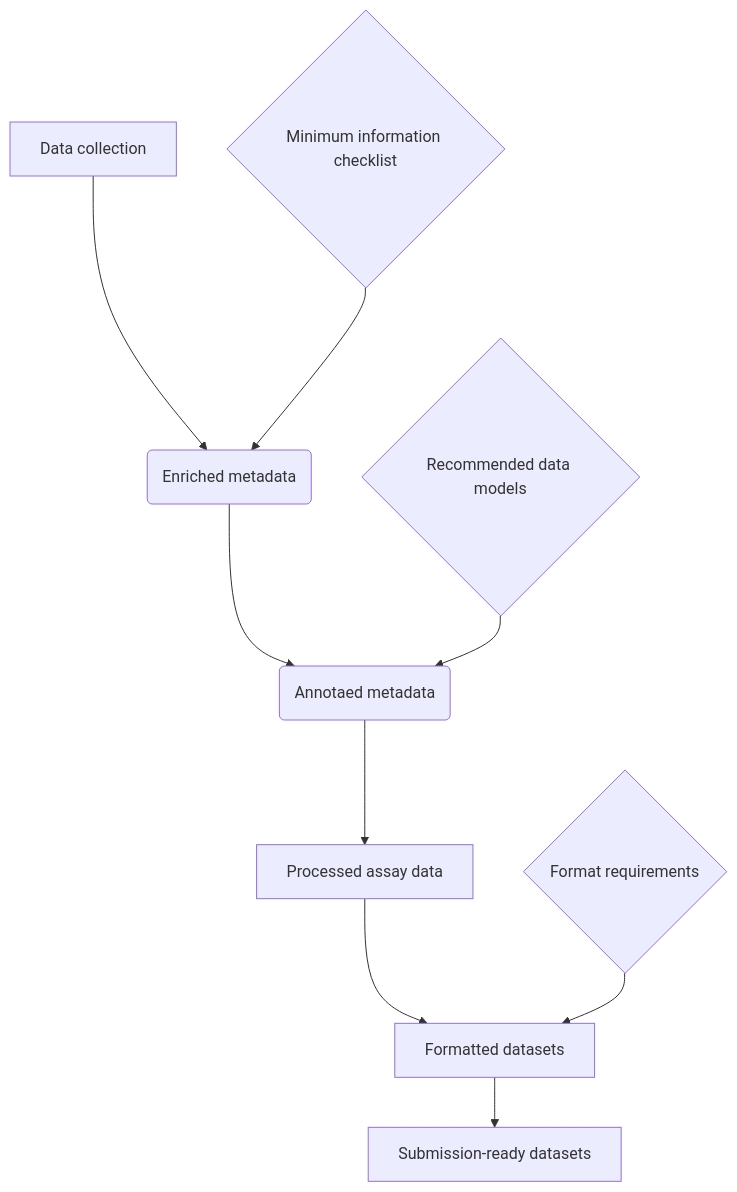
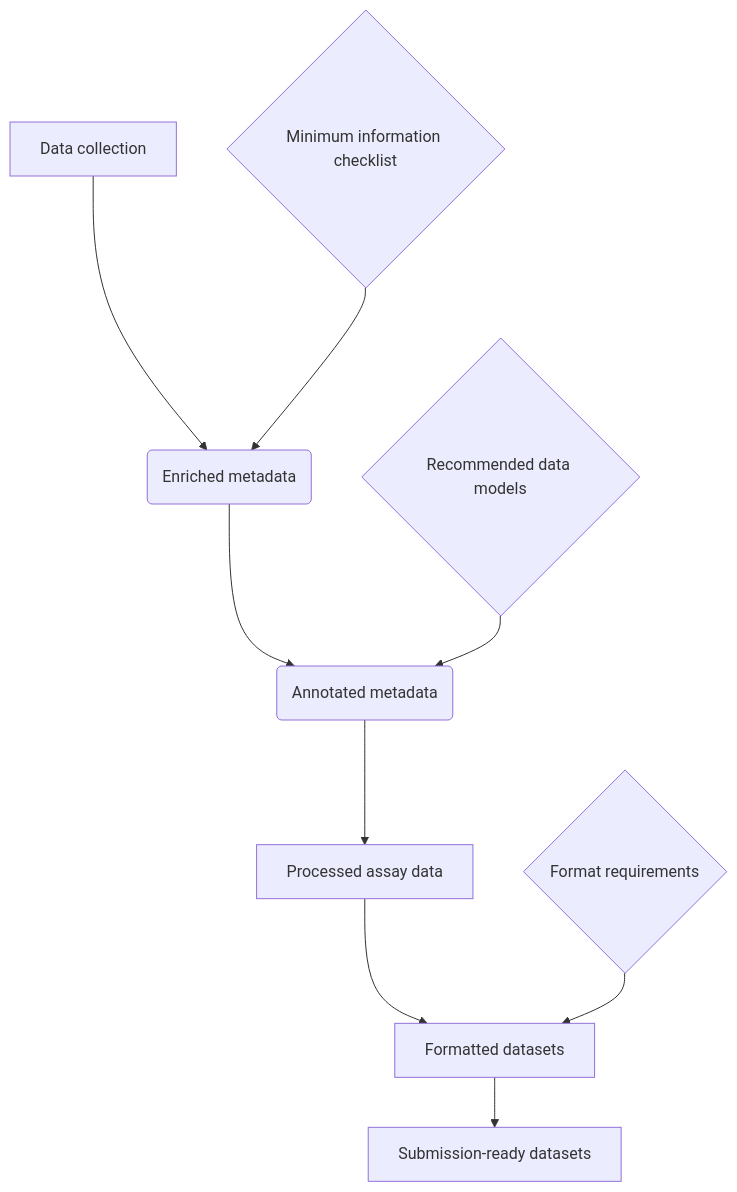
The diagram in content/recipes/interoperability/bioactivity-figure1.mmd (FAIRplus/the-fair-cookbook), drawn with Mermaid before and after one commit. The commit also changed 47 other files, not shown here.

```diff
--- a/content/recipes/interoperability/bioactivity-figure1.mmd
+++ b/content/recipes/interoperability/bioactivity-figure1.mmd
@@ -1,9 +1,9 @@
 graph TD
     A[Data collection] -->B(Enriched metadata)
     B1{Minimum information checklist} -->B
-    B --> C(Annotaed metadata)
+    B --> C(Annotated metadata)
     C1{Recommended data models} -->C
     C --> D[Processed assay data]
     D--> E[Formatted datasets]
     E1{Format requirements} -->E
     E--> F[Submission-ready datasets]
```
